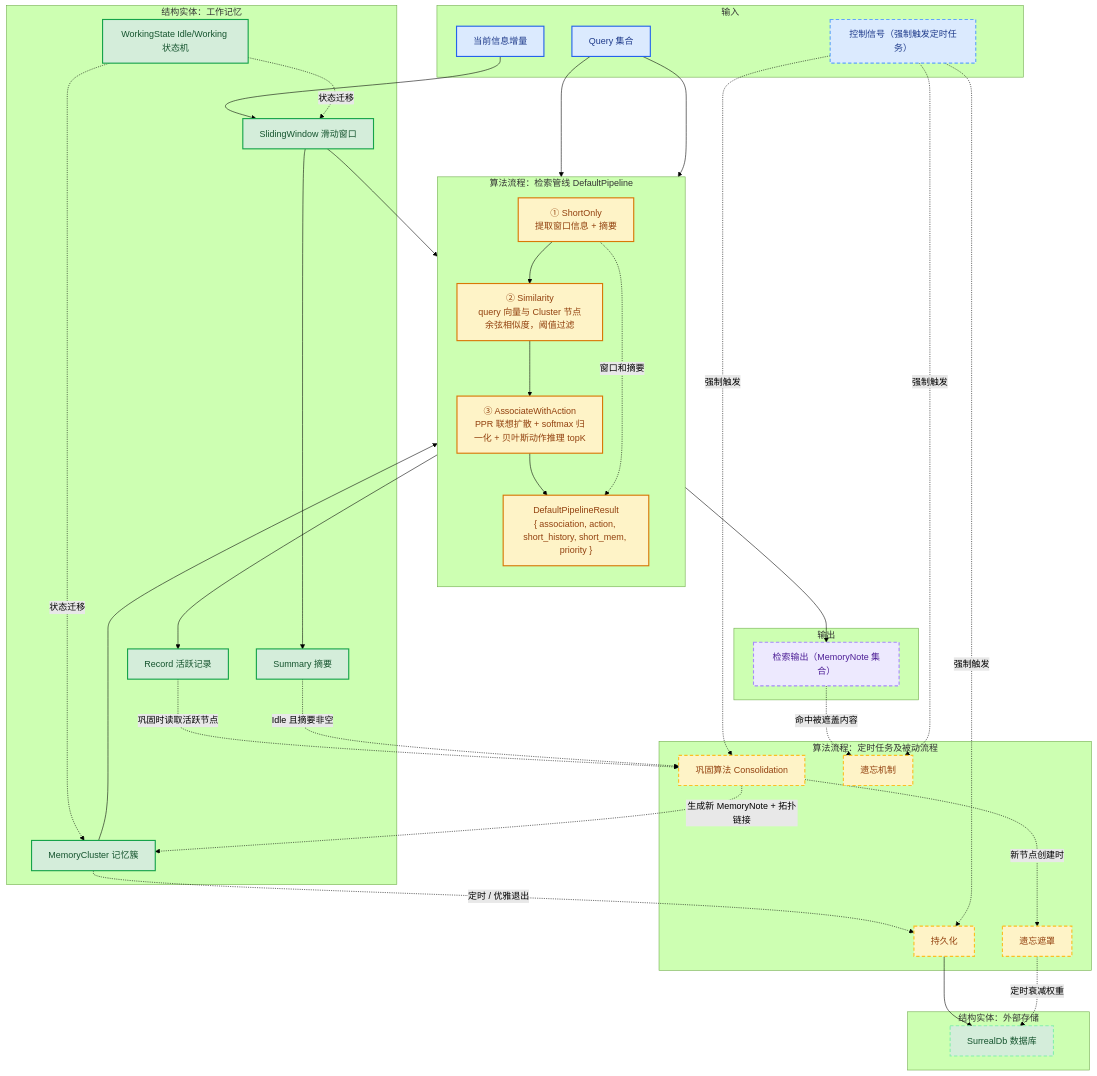
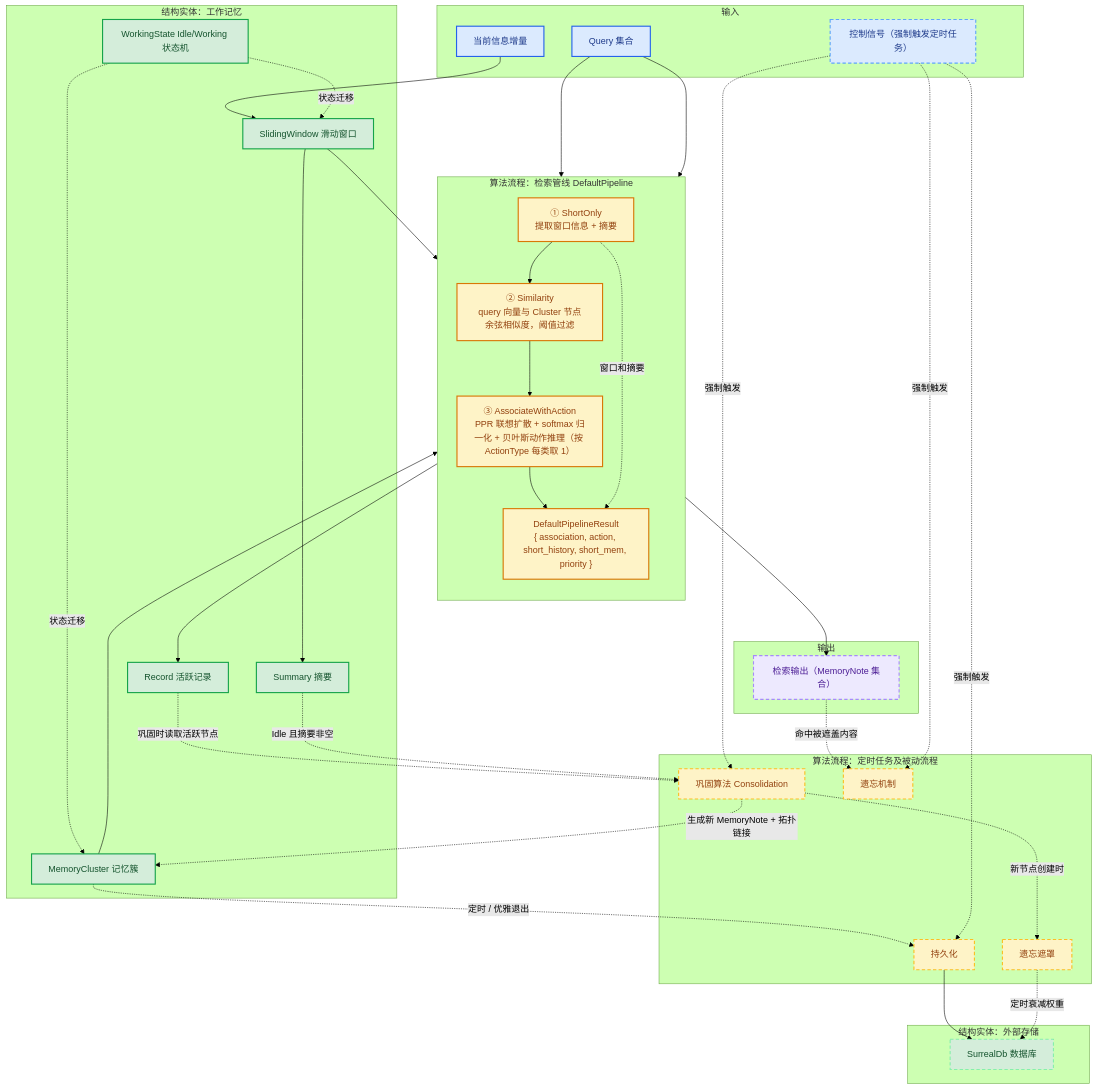
The first of 3 diagrams in docs/architecture/orchestration.md (dynamder/Soulmem), drawn with Mermaid (forest theme) before and after one commit. The commit also changed other lines of this file and 11 other files, not shown here.

First line of the commit message:
feat(algo): 动作检索改为按 ActionType 每类贪心取一席

```diff
--- a/docs/architecture/orchestration.md
+++ b/docs/architecture/orchestration.md
@@ -45,7 +45,7 @@
         direction TB
         S1["① ShortOnly<br/>提取窗口信息 + 摘要"]
         S2["② Similarity<br/>query 向量与 Cluster 节点余弦相似度，阈值过滤"]
-        S3["③ AssociateWithAction<br/>PPR 联想扩散 + softmax 归一化 + 贝叶斯动作推理 topK"]
+        S3["③ AssociateWithAction<br/>PPR 联想扩散 + softmax 归一化 + 贝叶斯动作推理（按 ActionType 每类取 1）"]
         S1 --> S2 --> S3
         Res["DefaultPipelineResult<br/>{ association, action, short_history, short_mem, priority }"]
         S3 --> Res
```
